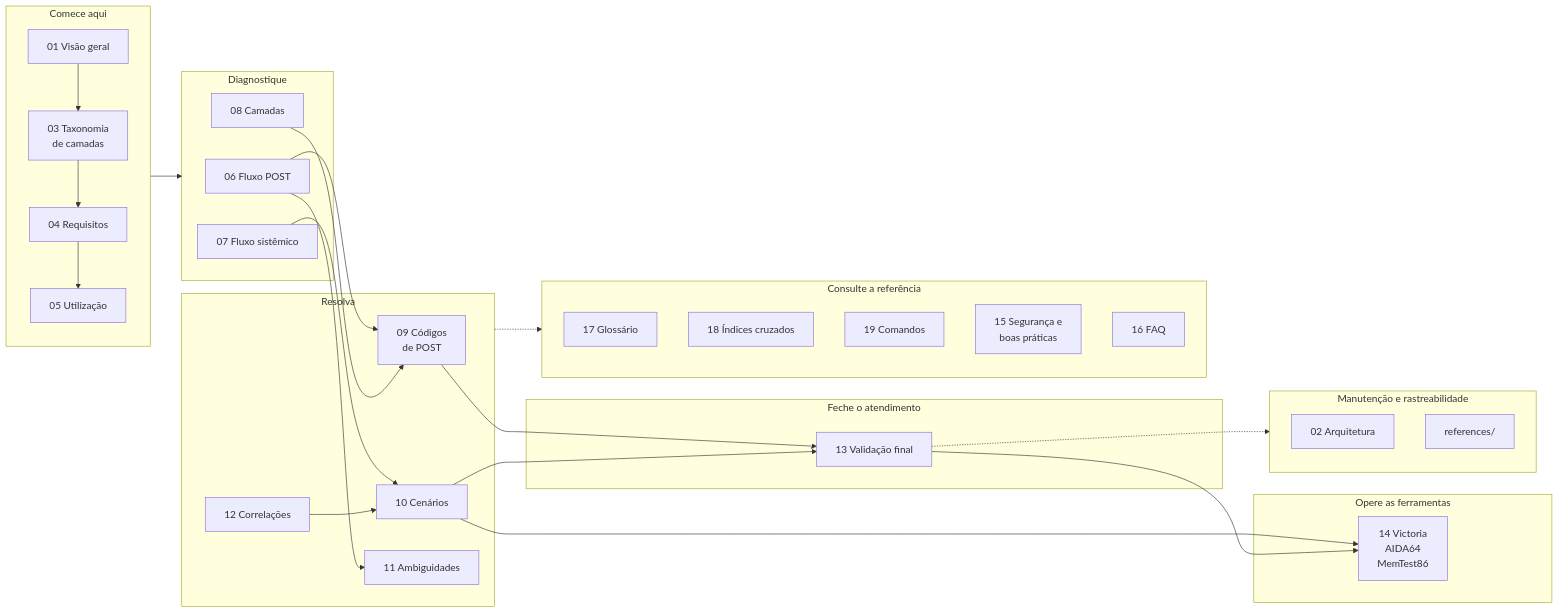
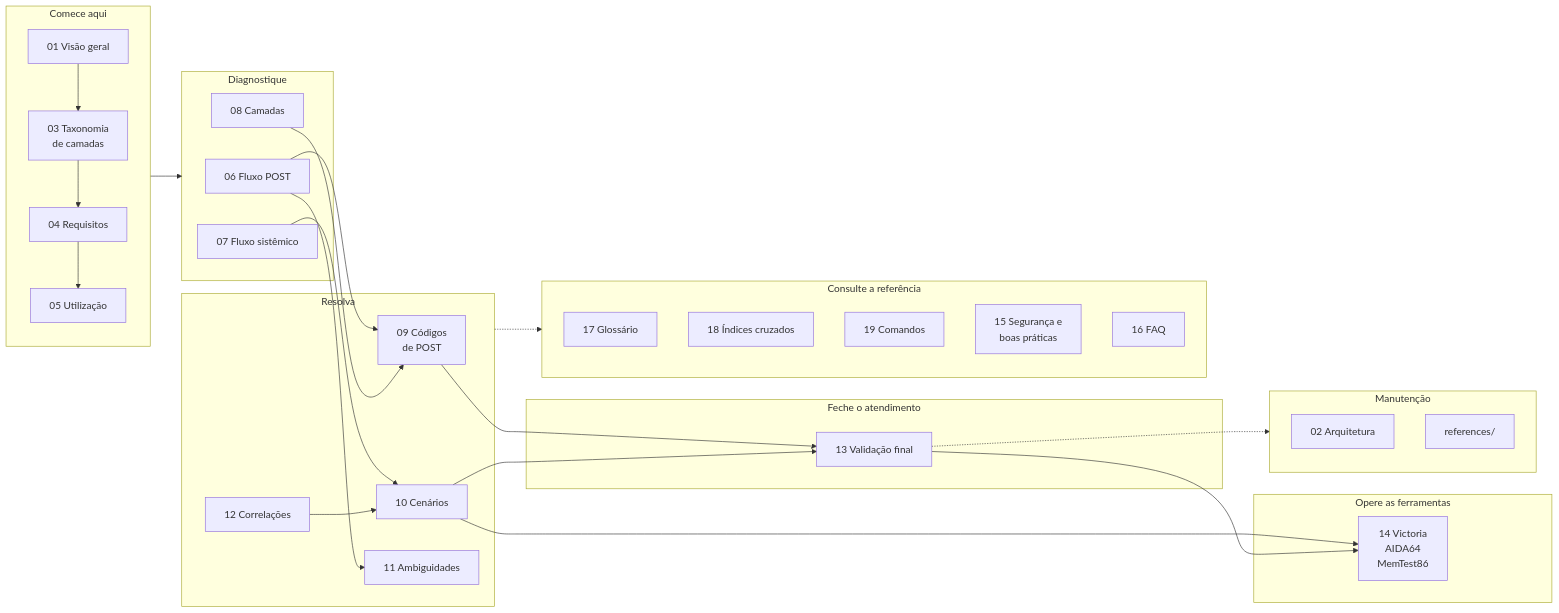
One commit to edsilas/base-diagnostico-hardware changed the diagram in docs/00-indice.md. Above: the diagram before and after it, drawn with Mermaid. The commit also changed other lines of this file and 51 other files, not shown here.

````diff
--- a/docs/00-indice.md
+++ b/docs/00-indice.md
@@ -45,47 +50,47 @@
 ```mermaid
 flowchart LR
     subgraph EN["Comece aqui"]
         A1["01 Visão geral"] --> A2["03 Taxonomia<br/>de camadas"] --> A3["04 Requisitos"] --> A4["05 Utilização"]
     end
     subgraph DI["Diagnostique"]
         B1["06 Fluxo POST"]
         B2["07 Fluxo sistêmico"]
         B3["08 Camadas"]
     end
     subgraph RE["Resolva"]
         C1["09 Códigos<br/>de POST"]
         C2["10 Cenários"]
         C3["11 Ambiguidades"]
         C4["12 Correlações"]
     end
     subgraph FE["Feche o atendimento"]
         D1["13 Validação final"]
     end
     subgraph FR["Opere as ferramentas"]
         E1["14 Victoria<br/>AIDA64<br/>MemTest86"]
     end
     subgraph RF["Consulte a referência"]
         F1["17 Glossário"]
         F2["18 Índices cruzados"]
         F3["19 Comandos"]
         F4["15 Segurança e<br/>boas práticas"]
         F5["16 FAQ"]
     end
-    subgraph MA["Manutenção e rastreabilidade"]
+    subgraph MA["Manutenção"]
         G1["02 Arquitetura"]
         G2["references/"]
     end
 
     EN --> DI
     B1 --> C1
     B1 --> C3
     B2 --> C2
     B3 --> C1
     C1 --> D1
     C2 --> D1
     C4 --> C2
     C2 --> E1
     D1 --> E1
     RE -.-> RF
     D1 -.-> MA
 ```
````
